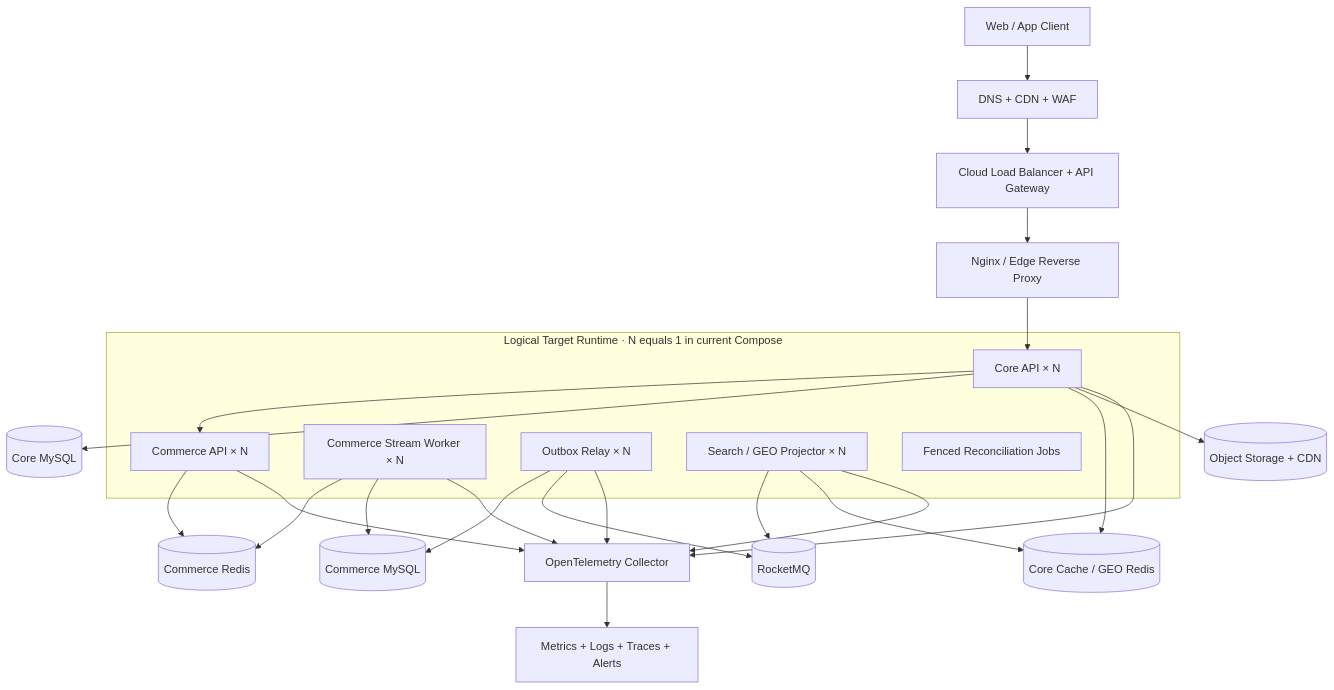
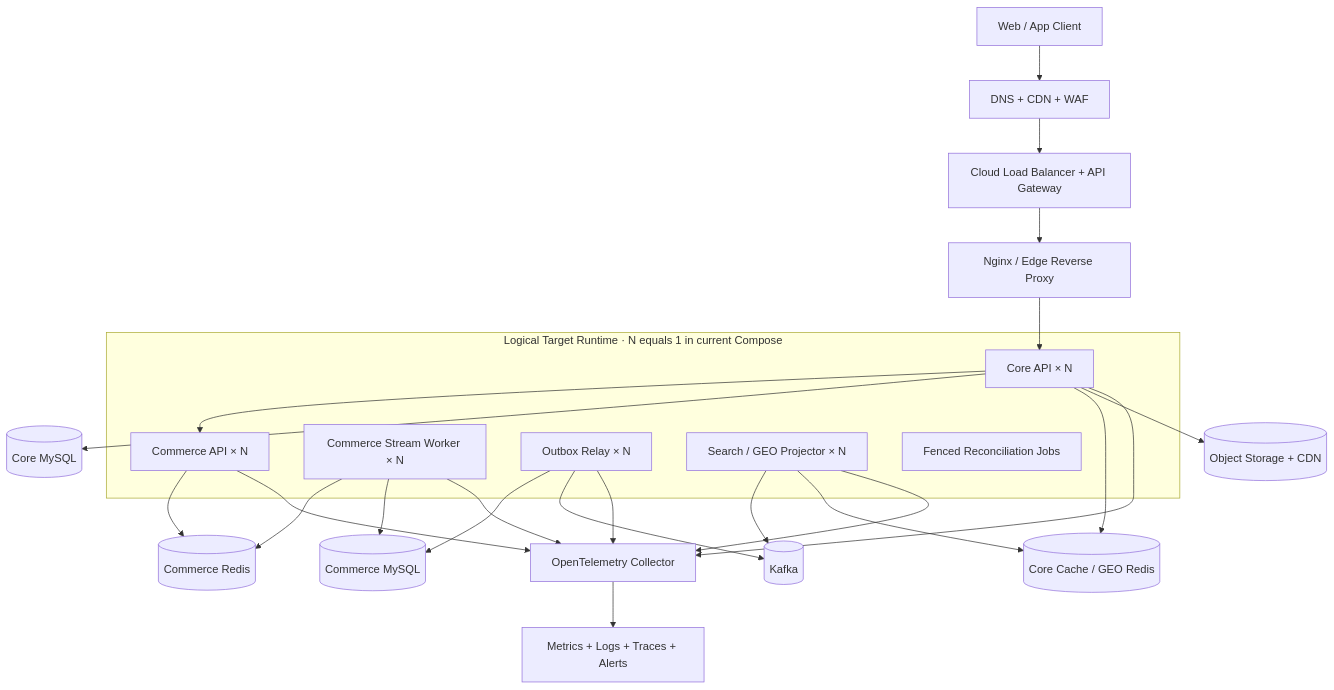
Before and after one commit to Tancaject/CityCopilot: the first of 3 diagrams in docs/architecture/design-citycopilot-production-high-concurrency.md, drawn with Mermaid. The commit also changed other lines of this file and 114 other files, not shown here.

First line of the commit message:
feat: replace RocketMQ with Kafka and batch seckill order persistence

````diff
--- a/docs/architecture/design-citycopilot-production-high-concurrency.md
+++ b/docs/architecture/design-citycopilot-production-high-concurrency.md
@@ -88,36 +88,36 @@
 ```mermaid
 flowchart TB
     U["Web / App Client"] --> EDGE["DNS + CDN + WAF"]
     EDGE --> GW["Cloud Load Balancer + API Gateway"]
     GW --> PROXY["Nginx / Edge Reverse Proxy"]
 
     subgraph APP["Logical Target Runtime · N equals 1 in current Compose"]
         CORE["Core API × N"]
         COMAPI["Commerce API × N"]
         COMWORKER["Commerce Stream Worker × N"]
         RELAY["Outbox Relay × N"]
         PROJECTOR["Search / GEO Projector × N"]
         RECON["Fenced Reconciliation Jobs"]
     end
 
     PROXY --> CORE
     CORE --> COMAPI
 
     CORE --> COREDB[("Core MySQL")]
     COMAPI --> COMREDIS[("Commerce Redis")]
     COMWORKER --> COMREDIS
     COMWORKER --> COMDB[("Commerce MySQL")]
     RELAY --> COMDB
-    RELAY --> MQ[("RocketMQ")]
+    RELAY --> MQ[("Kafka")]
     PROJECTOR --> MQ
     PROJECTOR --> APPREDIS[("Core Cache / GEO Redis")]
     CORE --> APPREDIS
     CORE --> OBJ[("Object Storage + CDN")]
 
     CORE --> OTEL["OpenTelemetry Collector"]
     COMAPI --> OTEL
     COMWORKER --> OTEL
     RELAY --> OTEL
     PROJECTOR --> OTEL
     OTEL --> OBS["Metrics + Logs + Traces + Alerts"]
 ```
````
